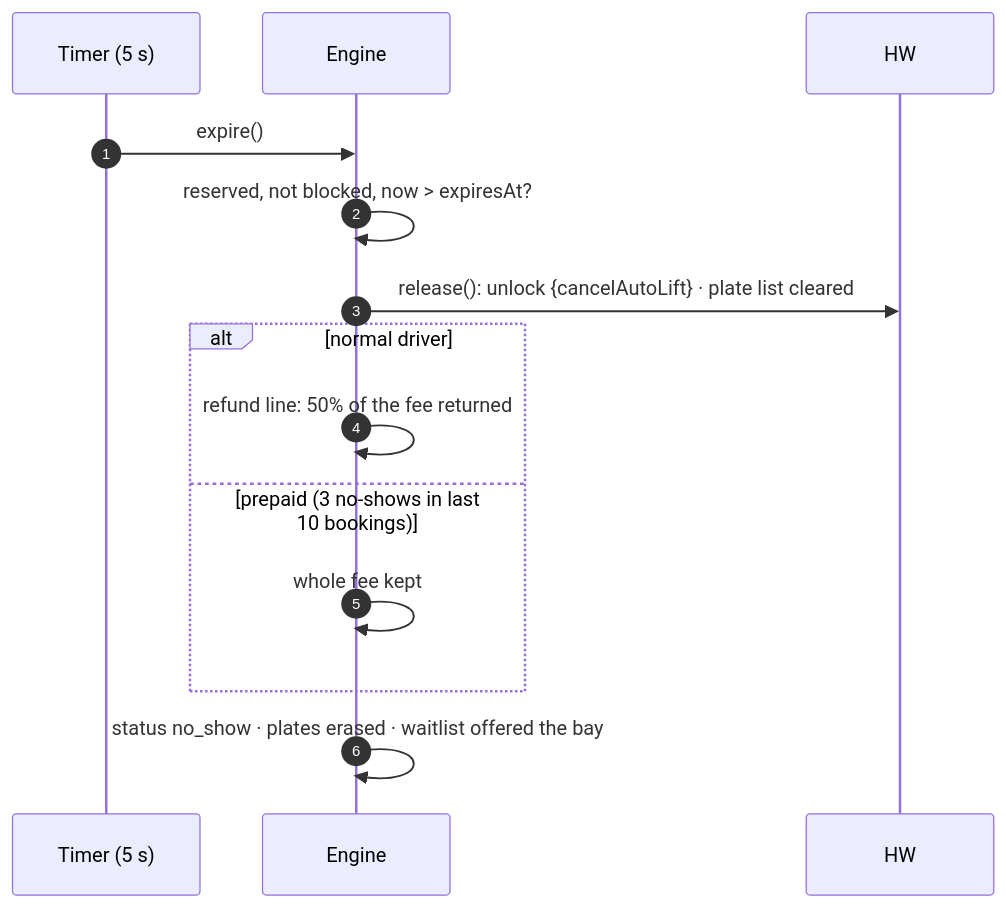
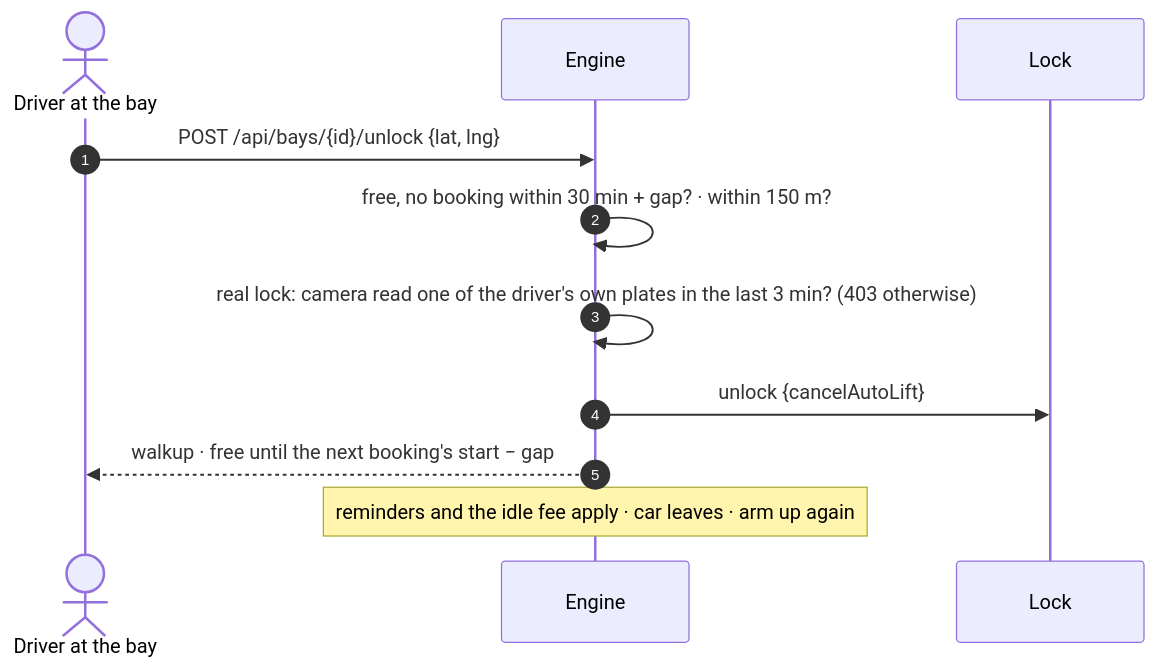
The fourth of 6 diagrams in docs/data-flows.md (mohamedaminehamdi/BayWatch), drawn with Mermaid before and after one commit. The commit also changed other lines of this file and 62 other files, not shown here.

````diff
--- a/docs/data-flows.md
+++ b/docs/data-flows.md
@@ -108,16 +81,13 @@
 ```mermaid
 sequenceDiagram
   autonumber
-  participant T as Timer (5 s)
+  actor D as Driver at the bay
   participant E as Engine
-  participant HW
-  T->>E: expire()
-  E->>E: reserved, not blocked, now > expiresAt?
-  E->>HW: release(): unlock {cancelAutoLift} · plate list cleared
-  alt normal driver
-    E->>E: refund line: 50% of the fee returned
-  else prepaid (3 no-shows in last 10 bookings)
-    E->>E: whole fee kept
-  end
-  E->>E: status no_show · plates erased · waitlist offered the bay
+  participant L as Lock
+  D->>E: POST /api/bays/{id}/unlock {lat, lng}
+  E->>E: free, no booking within 30 min + gap? · within 150 m?
+  E->>E: real lock: camera read one of the driver's own plates in the last 3 min? (403 otherwise)
+  E->>L: unlock {cancelAutoLift}
+  E-->>D: walkup · free until the next booking's start − gap
+  Note over E: reminders and the idle fee apply · car leaves · arm up again
 ```
````
